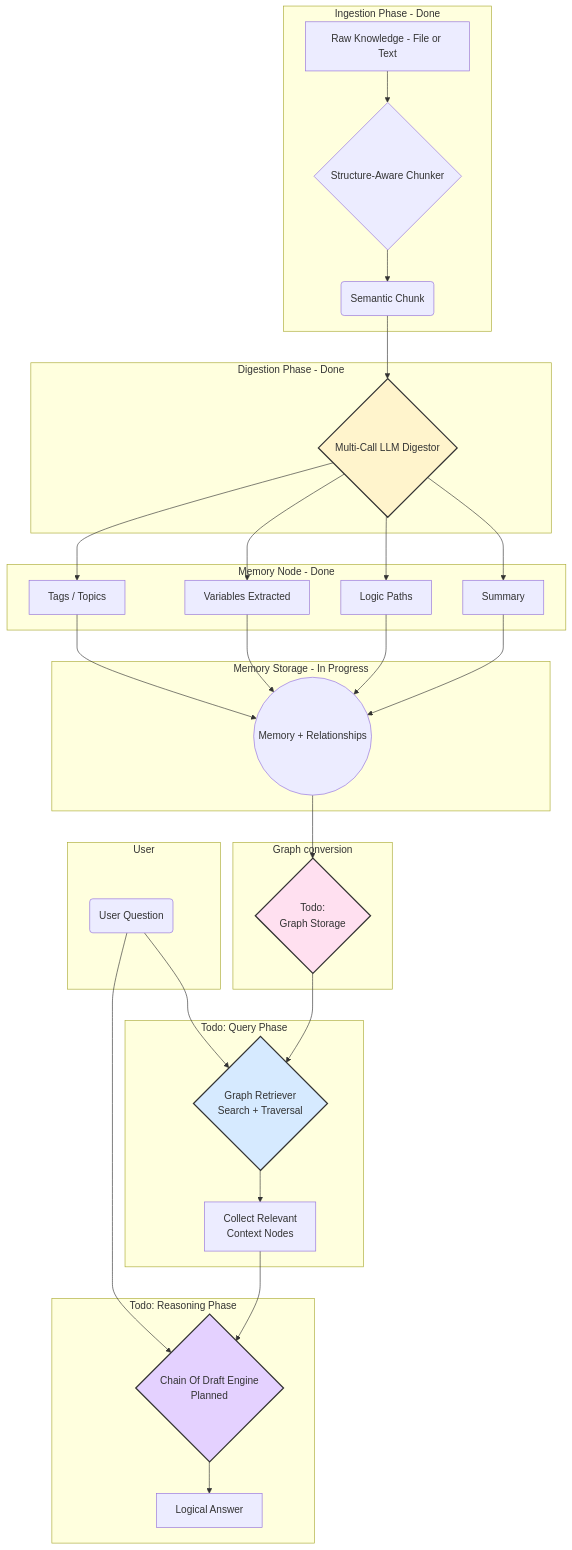
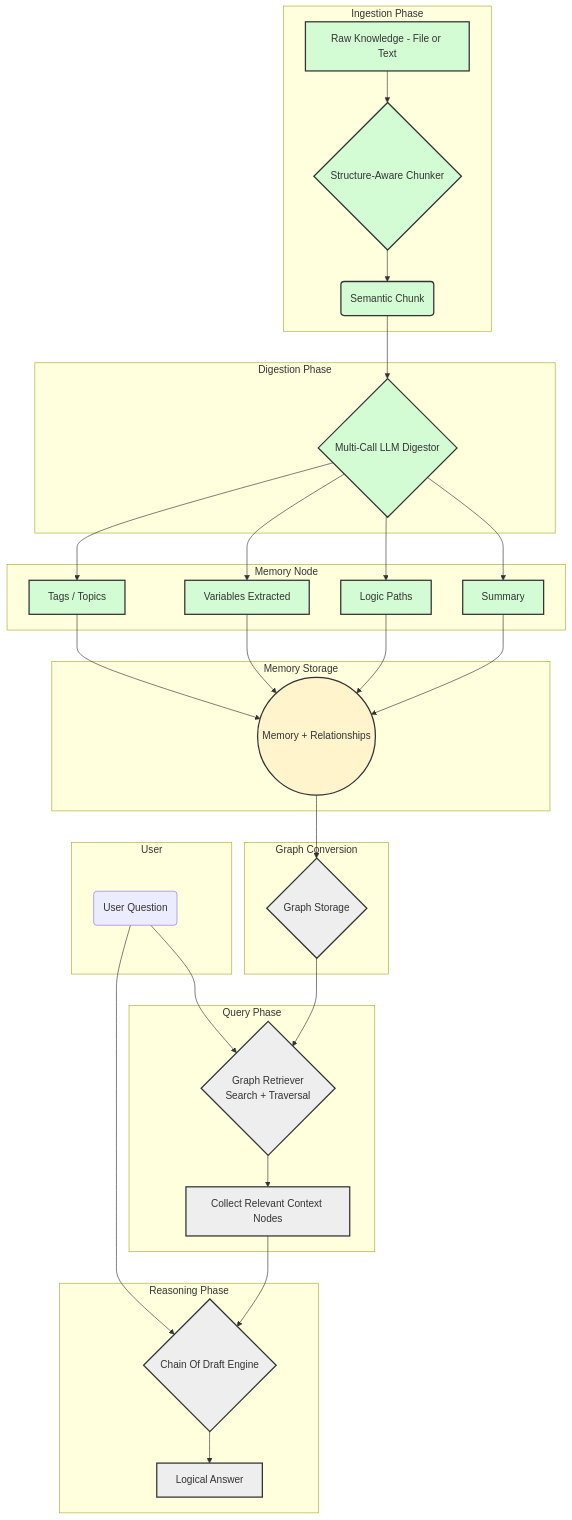
The diagram in README.md (benschneider/llm-lucid-memory), drawn with Mermaid before and after one commit.

Commit message:
More Accurate flowchart

````diff
--- a/README.md
+++ b/README.md
@@ -110,64 +110,69 @@
 ```mermaid
 flowchart TD
 
-  %% Ingestion Phase
-  subgraph Ingestion Phase - Done
+  %% Ingestion Phase (✅ Done)
+  subgraph Ingestion Phase
     A[Raw Knowledge - File or Text] --> B{Structure-Aware Chunker}
     B --> C(Semantic Chunk)
+    style A fill:#d4fcd4,stroke:#333,stroke-width:2px
+    style B fill:#d4fcd4,stroke:#333,stroke-width:2px
+    style C fill:#d4fcd4,stroke:#333,stroke-width:2px
   end
 
-  %% Digestion Phase
-  subgraph Digestion Phase - Done
+  %% Digestion Phase (✅ Done)
+  subgraph Digestion Phase
     C --> D{Multi-Call LLM Digestor}
-    style D fill:#fff4cc,stroke:#333,stroke-width:2px
+    style D fill:#d4fcd4,stroke:#333,stroke-width:2px
   end
 
-  %% Memory Node Phase
-  subgraph Memory Node -  Done
+  %% Memory Node Phase (✅ Done)
+  subgraph Memory Node
     D --> M1[Summary]
     D --> M2[Logic Paths]
     D --> M3[Variables Extracted]
     D --> M4[Tags / Topics]
+    style M1 fill:#d4fcd4,stroke:#333,stroke-width:2px
+    style M2 fill:#d4fcd4,stroke:#333,stroke-width:2px
+    style M3 fill:#d4fcd4,stroke:#333,stroke-width:2px
+    style M4 fill:#d4fcd4,stroke:#333,stroke-width:2px
   end
 
-  %% Memory Storage
-  subgraph Memory Storage - In Progress
+  %% Memory Storage (🚧 In Progress)
+  subgraph Memory Storage
     M1 --> G((Memory + Relationships))
     M2 --> G
     M3 --> G
     M4 --> G
-    style G2 fill:#ffe0f0,stroke:#333,stroke-width:2px
-    
+    style G fill:#fff4cc,stroke:#333,stroke-width:2px
   end
 
-  %% Convert into and add to Graph storage
-  subgraph Graph conversion
-    G --> G2{Todo:
-    Graph Storage }
+  %% Convert into Graph storage (📝 Todo)
+  subgraph Graph Conversion
+    G --> G2{Graph Storage}
+    style G2 fill:#eeeeee,stroke:#333,stroke-width:2px
   end
 
+  %% User Node
   subgraph User
     H(User Question)
   end
 
-
-  %% Query Phase
-  subgraph Todo: Query Phase
-    I{Graph Retriever 
+  %% Query Phase (📝 Todo)
+  subgraph Query Phase
+    H --> I{Graph Retriever 
     Search + Traversal}
-    H --> I
     G2 --> I
-    I --> J[Collect Relevant 
-    Context Nodes]
-    style I fill:#d6eaff,stroke:#333,stroke-width:2px
+    I --> J[Collect Relevant Context Nodes]
+    style I fill:#eeeeee,stroke:#333,stroke-width:2px
+    style J fill:#eeeeee,stroke:#333,stroke-width:2px
   end
 
-  %% Reasoning Phase
-  subgraph Todo: Reasoning Phase
-    J --> K{Chain Of Draft Engine 
-    Planned}
+  %% Reasoning Phase (📝 Todo)
+  subgraph Reasoning Phase
+    J --> K{Chain Of Draft Engine}
     H --> K
     K --> L[Logical Answer]
-    style K fill:#e4d1ff,stroke:#333,stroke-width:2px
+    style K fill:#eeeeee,stroke:#333,stroke-width:2px
+    style L fill:#eeeeee,stroke:#333,stroke-width:2px
   end
 ```
````
